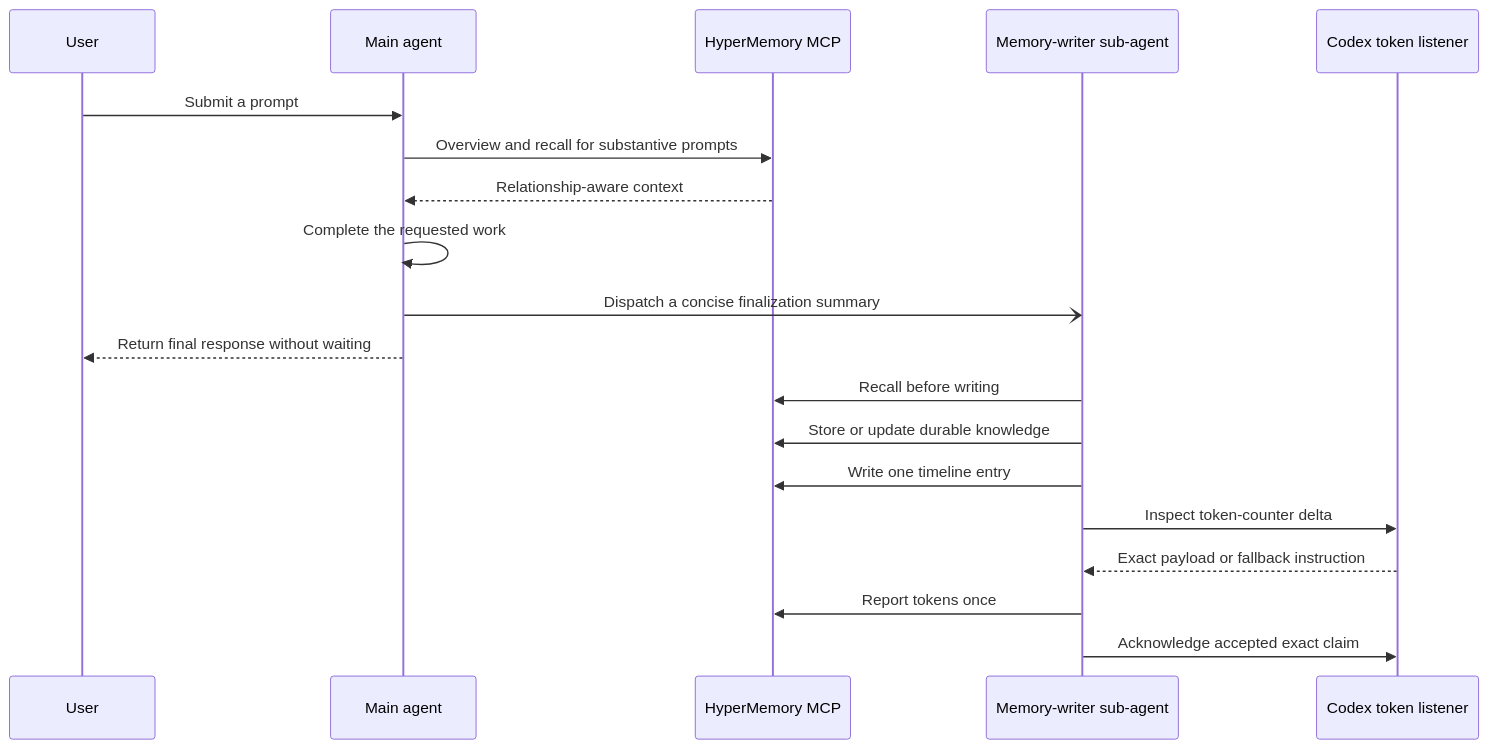
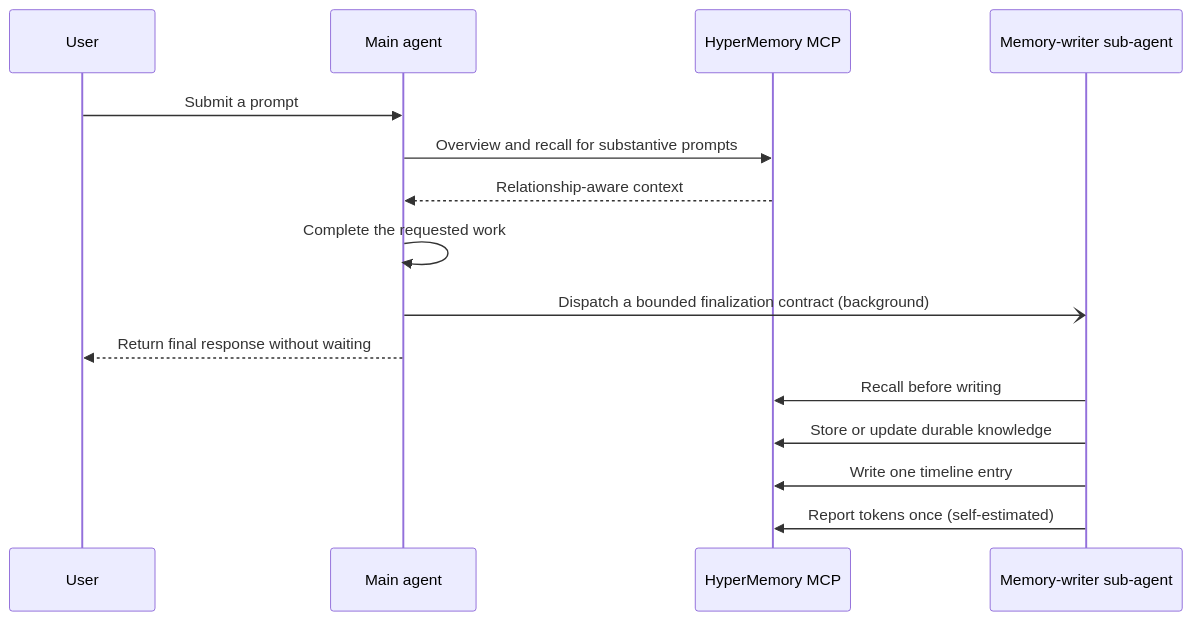
The first of 2 diagrams in README.md (hypermemory-ai/hm-plugin-kimi), drawn with Mermaid before and after one commit. The commit also changed other lines of this file and 37 other files, not shown here.

````diff
--- a/README.md
+++ b/README.md
@@ -206,22 +182,18 @@
 ```mermaid
 sequenceDiagram
     participant U as User
     participant M as Main agent
     participant MCP as HyperMemory MCP
     participant W as Memory-writer sub-agent
-    participant L as Codex token listener
 
     U->>M: Submit a prompt
     M->>MCP: Overview and recall for substantive prompts
     MCP-->>M: Relationship-aware context
     M->>M: Complete the requested work
-    M-)W: Dispatch a concise finalization summary
+    M-)W: Dispatch a bounded finalization contract (background)
     M-->>U: Return final response without waiting
     W->>MCP: Recall before writing
     W->>MCP: Store or update durable knowledge
     W->>MCP: Write one timeline entry
-    W->>L: Inspect token-counter delta
-    L-->>W: Exact payload or fallback instruction
-    W->>MCP: Report tokens once
-    W->>L: Acknowledge accepted exact claim
+    W->>MCP: Report tokens once (self-estimated)
 ```
````
